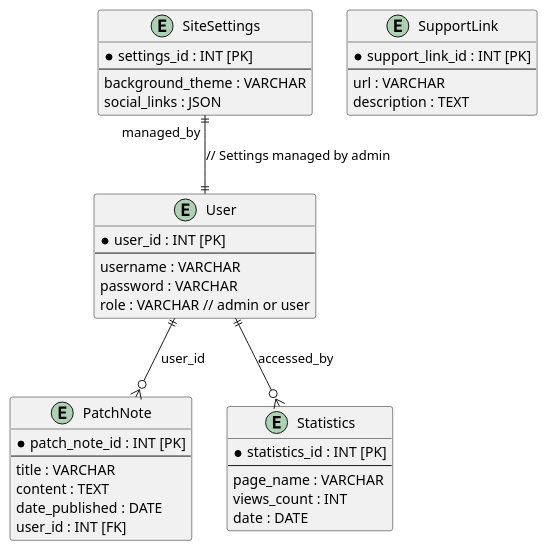
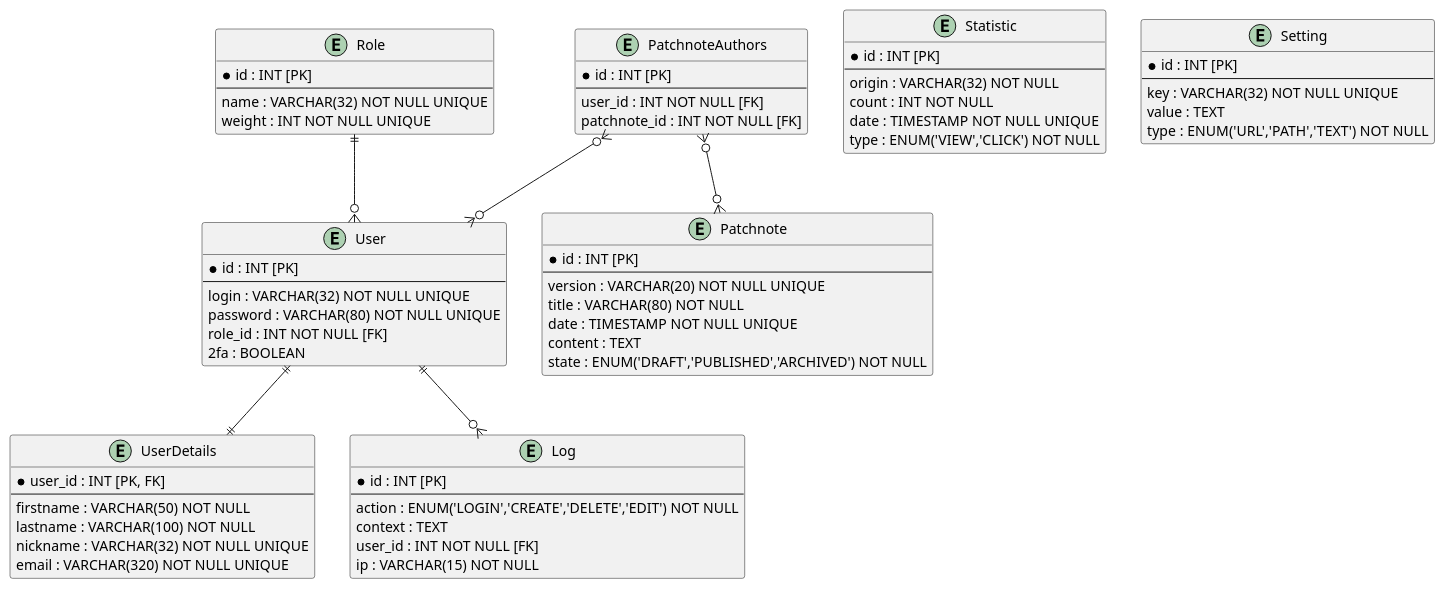
One commit to Neyticom/Deadlock-France-webapp-front changed the diagram in docs/concept/ERD.puml. Above: the diagram before and after it, drawn with PlantUML. The commit also changed other lines of this file and 2 other files, not shown here.

Commit message:
docs: ERD update

```diff
--- a/docs/concept/ERD.puml
+++ b/docs/concept/ERD.puml
@@ -1,46 +1,75 @@
 @startuml
-
 entity "User" as user {
-  * user_id : INT [PK]
+  * id : INT [PK]
   --
-  username : VARCHAR
-  password : VARCHAR
-  role : VARCHAR // admin or user
+  login : VARCHAR(32) NOT NULL UNIQUE
+  password : VARCHAR(80) NOT NULL UNIQUE
+  role_id : INT NOT NULL [FK]
+  2fa : BOOLEAN
 }
 
-entity "PatchNote" as patch_note {
-  * patch_note_id : INT [PK]
+entity "UserDetails" as user_details {
+  * user_id : INT [PK, FK]
   --
-  title : VARCHAR
-  content : TEXT
-  date_published : DATE
-  user_id : INT [FK]
+  firstname : VARCHAR(50) NOT NULL
+  lastname : VARCHAR(100) NOT NULL
+  nickname : VARCHAR(32) NOT NULL UNIQUE
+  email : VARCHAR(320) NOT NULL UNIQUE  
 }
 
-entity "Statistics" as statistics {
-  * statistics_id : INT [PK]
+entity "Role" as role {
+  * id : INT [PK]
   --
-  page_name : VARCHAR
-  views_count : INT
-  date : DATE
+  name : VARCHAR(32) NOT NULL UNIQUE
+  weight : INT NOT NULL UNIQUE
 }
 
-entity "SiteSettings" as site_settings {
-  * settings_id : INT [PK]
+entity "Patchnote" as patchnote {
+  * id : INT [PK]
   --
-  background_theme : VARCHAR
-  social_links : JSON
+  version : VARCHAR(20) NOT NULL UNIQUE 
+  title : VARCHAR(80) NOT NULL
+  date : TIMESTAMP NOT NULL UNIQUE
+  content : TEXT
+  state : ENUM('DRAFT','PUBLISHED','ARCHIVED') NOT NULL
 }
 
-entity "SupportLink" as support_link {
-  * support_link_id : INT [PK]
+entity "PatchnoteAuthors" as patchnote_authors {
+  * id : INT [PK]
   --
-  url : VARCHAR
-  description : TEXT
+  user_id : INT NOT NULL [FK]
+  patchnote_id : INT NOT NULL [FK]
 }
 
-user ||--o{ patch_note : "user_id"
-site_settings ||--|| user : "managed_by" // Settings managed by admin
-user ||--o{ statistics : "accessed_by"
+entity "Statistic" as statistic {
+  * id : INT [PK]
+  --
+  origin : VARCHAR(32) NOT NULL
+  count : INT NOT NULL
+  date : TIMESTAMP NOT NULL UNIQUE
+  type : ENUM('VIEW','CLICK') NOT NULL
+}
 
+entity "Setting" as setting {
+  * id : INT [PK]
+  --
+  key : VARCHAR(32) NOT NULL UNIQUE
+  value : TEXT
+  type : ENUM('URL','PATH','TEXT') NOT NULL
+}
+
+entity "Log" as log {
+  * id : INT [PK]
+  --
+  action : ENUM('LOGIN','CREATE','DELETE','EDIT') NOT NULL
+  context : TEXT
+  user_id : INT NOT NULL [FK]
+  ip : VARCHAR(15) NOT NULL
+}
+
+role ||--o{ user
+user ||--o{ log
+user ||--|| user_details
+patchnote_authors }o--o{ patchnote
+patchnote_authors }o--o{ user
 @enduml
```
